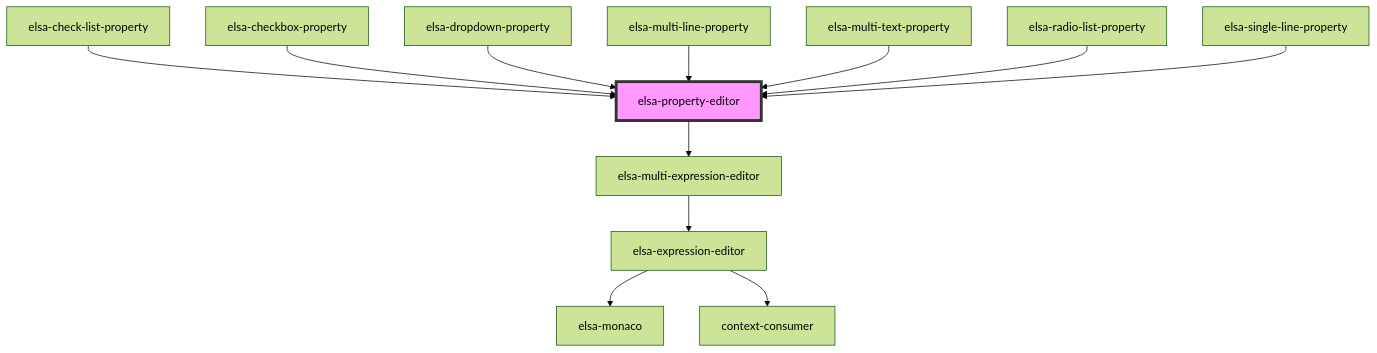
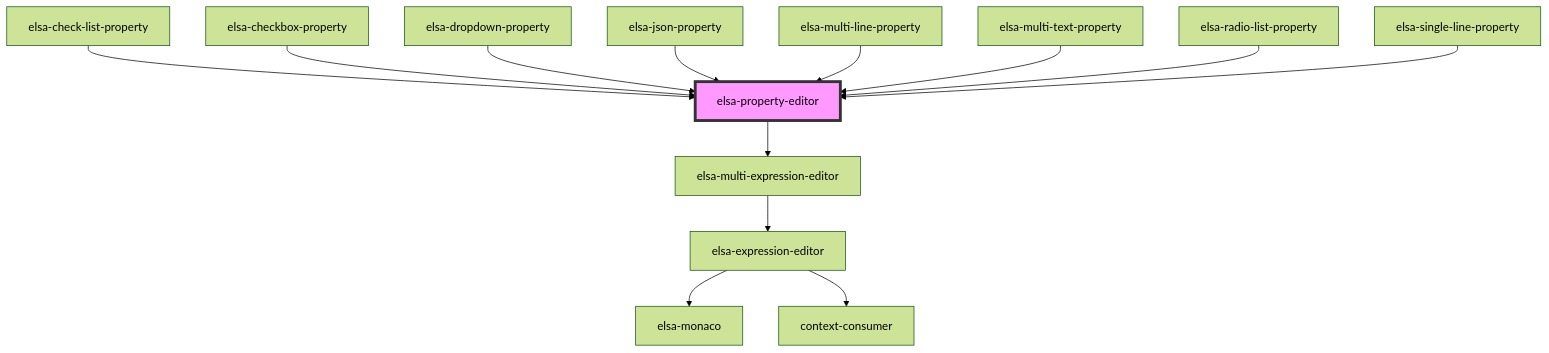
Before and after one commit to elsa-workflows/elsa-core: the diagram in src/designer/elsa-workflows-studio/src/components/editors/elsa-property-editor/readme.md, drawn with Mermaid (forest theme). The commit also changed other lines of this file and 13 other files, not shown here.

````diff
--- a/src/designer/elsa-workflows-studio/src/components/editors/elsa-property-editor/readme.md
+++ b/src/designer/elsa-workflows-studio/src/components/editors/elsa-property-editor/readme.md
@@ -44,15 +45,16 @@
 ```mermaid
 graph TD;
   elsa-property-editor --> elsa-multi-expression-editor
   elsa-multi-expression-editor --> elsa-expression-editor
   elsa-expression-editor --> elsa-monaco
   elsa-expression-editor --> context-consumer
   elsa-check-list-property --> elsa-property-editor
   elsa-checkbox-property --> elsa-property-editor
   elsa-dropdown-property --> elsa-property-editor
+  elsa-json-property --> elsa-property-editor
   elsa-multi-line-property --> elsa-property-editor
   elsa-multi-text-property --> elsa-property-editor
   elsa-radio-list-property --> elsa-property-editor
   elsa-single-line-property --> elsa-property-editor
   style elsa-property-editor fill:#f9f,stroke:#333,stroke-width:4px
 ```
````
